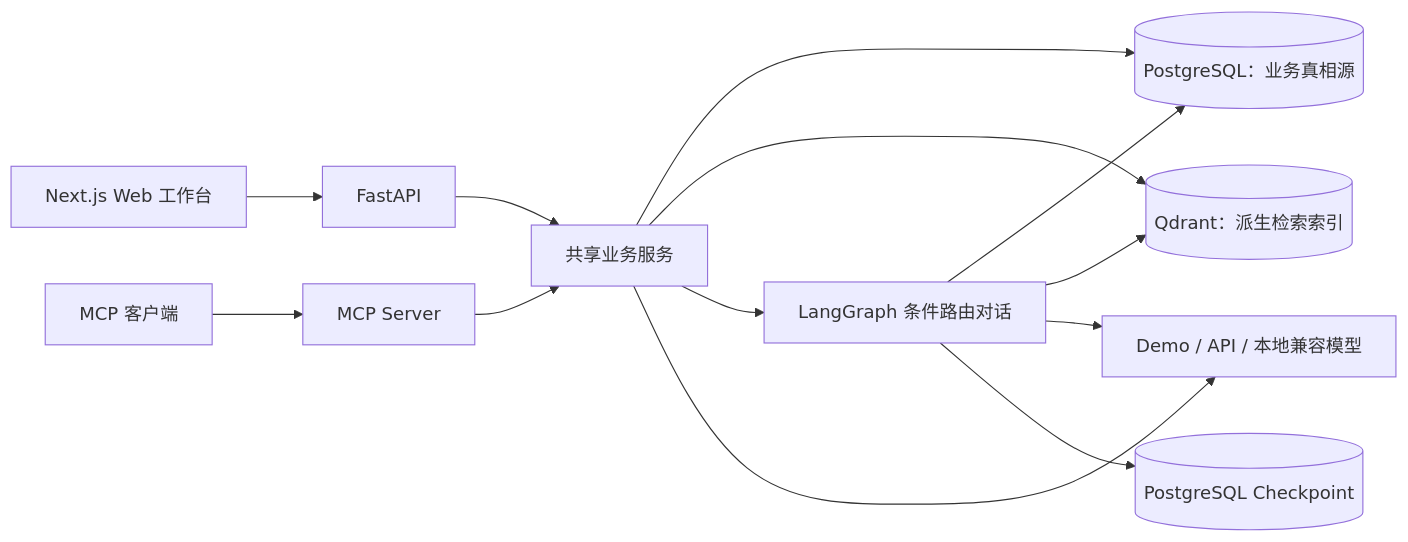
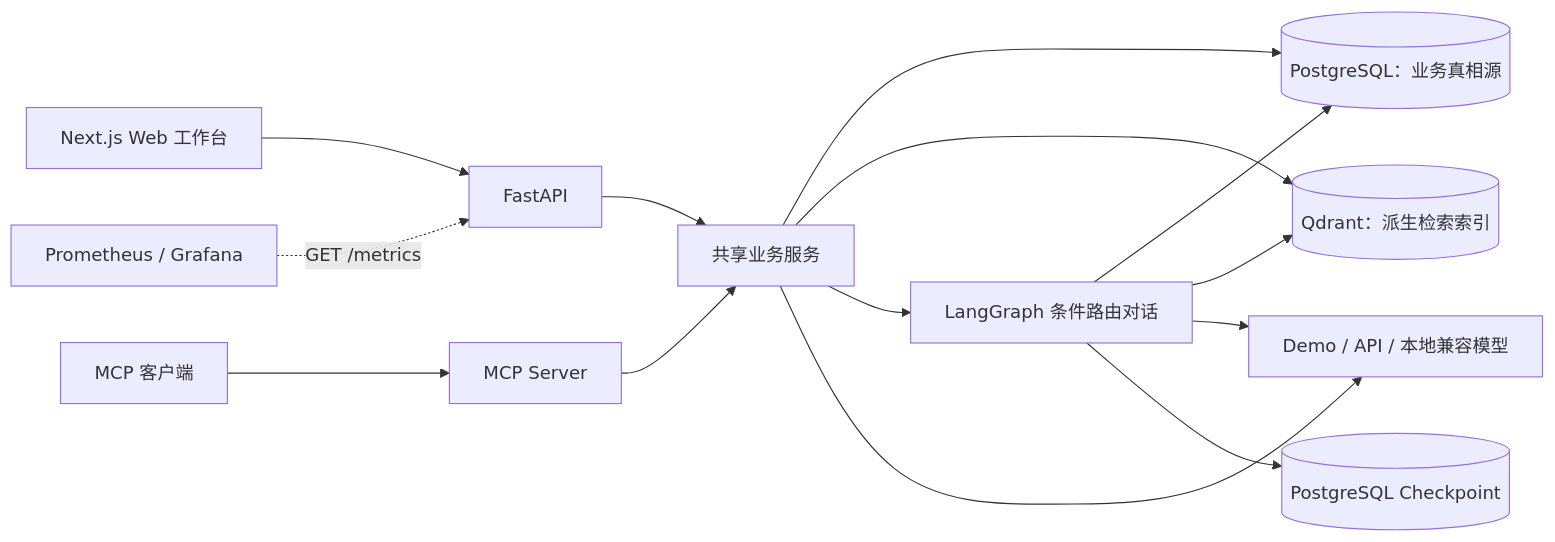
Before and after one commit to wenmo-yu/careerlens: the first of 2 diagrams in docs/architecture.md, drawn with Mermaid. The commit also changed other lines of this file and 21 other files, not shown here.

````diff
--- a/docs/architecture.md
+++ b/docs/architecture.md
@@ -7,15 +7,16 @@
 ```mermaid
 flowchart LR
     Browser[Next.js Web 工作台] --> API[FastAPI]
     MCPClient[MCP 客户端] --> MCP[MCP Server]
     API --> Services[共享业务服务]
     MCP --> Services
     Services --> PG[(PostgreSQL：业务真相源)]
     Services --> Q[(Qdrant：派生检索索引)]
     Services --> Graph[LangGraph 条件路由对话]
     Services --> Provider[Demo / API / 本地兼容模型]
     Graph --> PG
     Graph --> Q
     Graph --> Provider
     Graph --> CP[(PostgreSQL Checkpoint)]
+    Scraper[Prometheus / Grafana] -.->|GET /metrics| API
 ```
````
